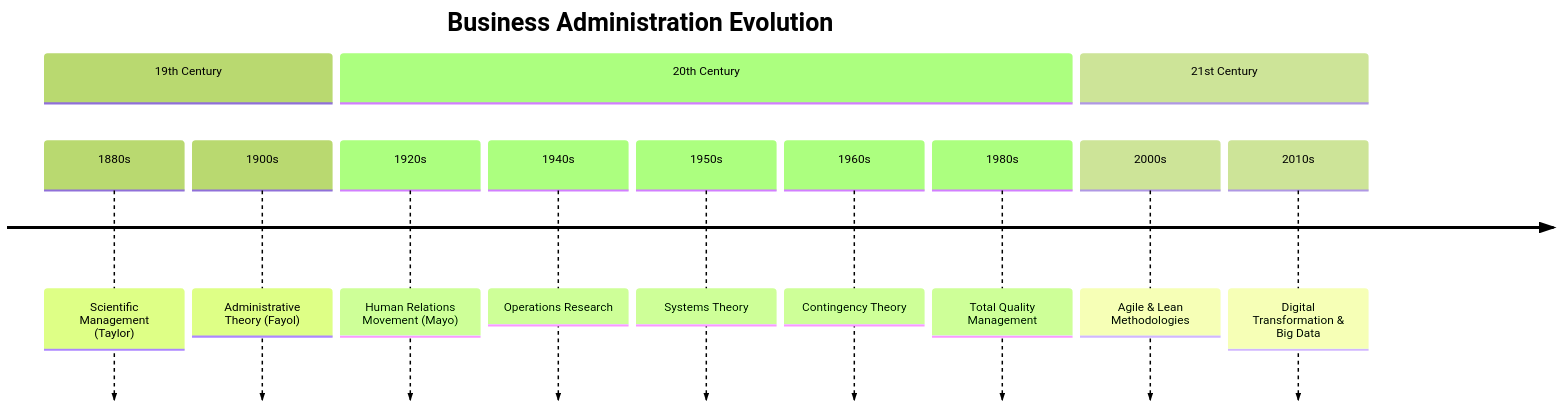
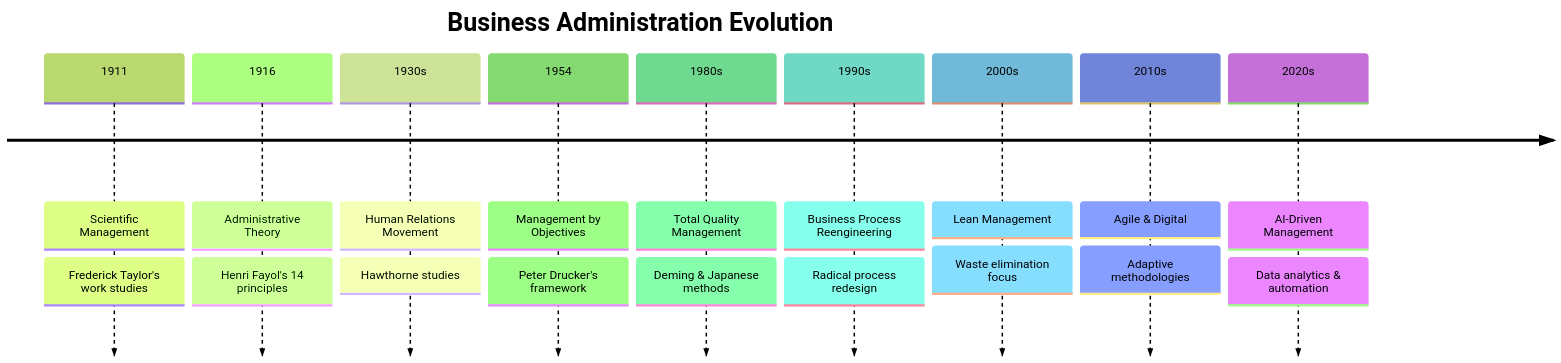
The diagram in timeline/Business and Administration/markdowns/256_business_administration.md (elidepb/mermaid_corpus), drawn with Mermaid (forest theme) before and after one commit. The commit also changed 3129 other files, not shown here.

````diff
--- a/timeline/Business and Administration/markdowns/256_business_administration.md
+++ b/timeline/Business and Administration/markdowns/256_business_administration.md
@@ -1,16 +1,22 @@
 ```mermaid
 timeline
     title Business Administration Evolution
-    section 19th Century
-        1880s : Scientific Management (Taylor)
-        1900s : Administrative Theory (Fayol)
-    section 20th Century
-        1920s : Human Relations Movement (Mayo)
-        1940s : Operations Research
-        1950s : Systems Theory
-        1960s : Contingency Theory
-        1980s : Total Quality Management
-    section 21st Century
-        2000s : Agile & Lean Methodologies
-        2010s : Digital Transformation & Big Data
+    1911 : Scientific Management
+         : Frederick Taylor's work studies
+    1916 : Administrative Theory
+         : Henri Fayol's 14 principles
+    1930s : Human Relations Movement
+          : Hawthorne studies
+    1954 : Management by Objectives
+         : Peter Drucker's framework
+    1980s : Total Quality Management
+          : Deming & Japanese methods
+    1990s : Business Process Reengineering
+          : Radical process redesign
+    2000s : Lean Management
+          : Waste elimination focus
+    2010s : Agile & Digital
+          : Adaptive methodologies
+    2020s : AI-Driven Management
+          : Data analytics & automation
 ```
````
